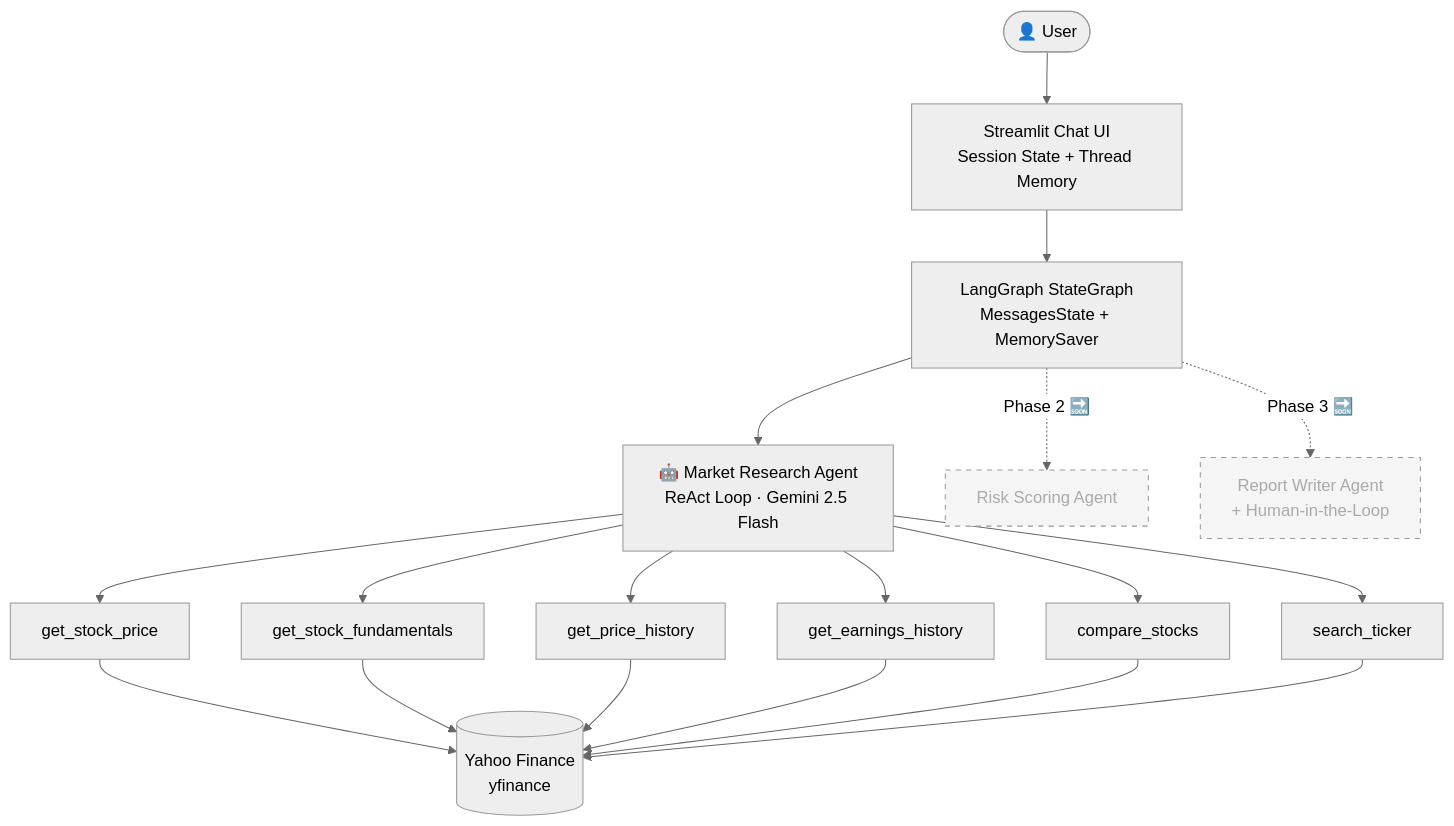
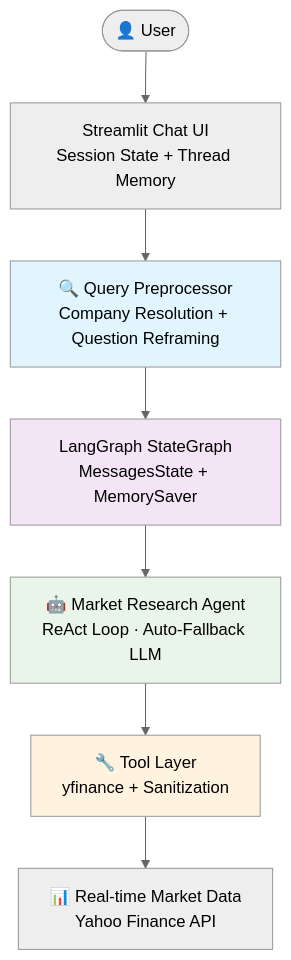
One commit to damerlaroja/fintech-ai-agent-playground changed the diagram in README.md. Above: the diagram before and after it, drawn with Mermaid (neutral theme). The commit also changed other lines of this file, not shown here.

First line of the commit message:
Transform README.md into principal architect portfolio showcase

````diff
--- a/README.md
+++ b/README.md
@@ -45,21 +63,14 @@
 ```mermaid
 flowchart TD
     User([👤 User]) --> UI[Streamlit Chat UI\nSession State + Thread Memory]
-    UI --> WF[LangGraph StateGraph\nMessagesState + MemorySaver]
-    WF --> MA[🤖 Market Research Agent\nReAct Loop · Gemini 2.5 Flash]
-
-    MA --> T1[get_stock_price]
-    MA --> T2[get_stock_fundamentals]
-    MA --> T3[get_price_history]
-    MA --> T4[get_earnings_history]
-    MA --> T5[compare_stocks]
-    MA --> T6[search_ticker]
-
-    T1 & T2 & T3 & T4 & T5 & T6 --> YF[(Yahoo Finance\nyfinance)]
-
-    WF -.->|Phase 2 🔜| RA[Risk Scoring Agent]
-    WF -.->|Phase 3 🔜| RPT[Report Writer Agent\n+ Human-in-the-Loop]
-
-    style RA stroke-dasharray: 5 5, fill:#f5f5f5, color:#aaa
-    style RPT stroke-dasharray: 5 5, fill:#f5f5f5, color:#aaa
+    UI --> QP[🔍 Query Preprocessor\nCompany Resolution + Question Reframing]
+    QP --> WF[LangGraph StateGraph\nMessagesState + MemorySaver]
+    WF --> MA[🤖 Market Research Agent\nReAct Loop · Auto-Fallback LLM]
+    MA --> TOOLS[🔧 Tool Layer\nyfinance + Sanitization]
+    TOOLS --> DATA[📊 Real-time Market Data\nYahoo Finance API]
+    
+    style QP fill:#e1f5fe
+    style WF fill:#f3e5f5
+    style MA fill:#e8f5e8
+    style TOOLS fill:#fff3e0
 ```
````
